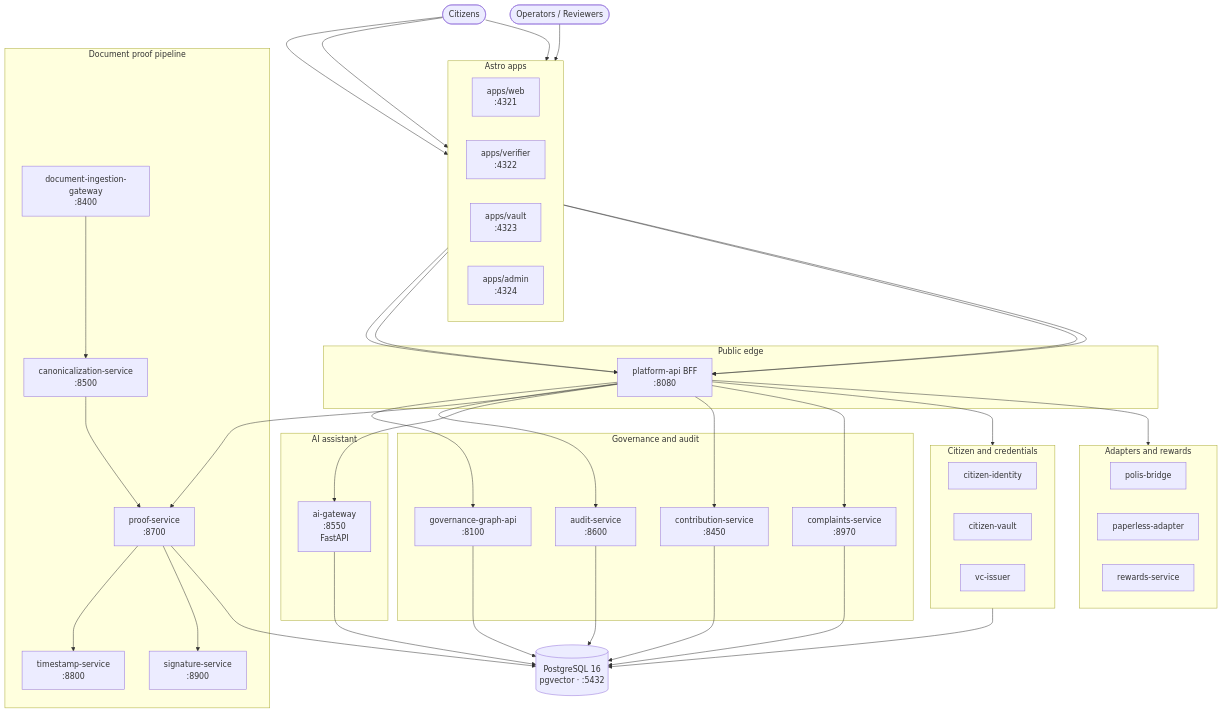
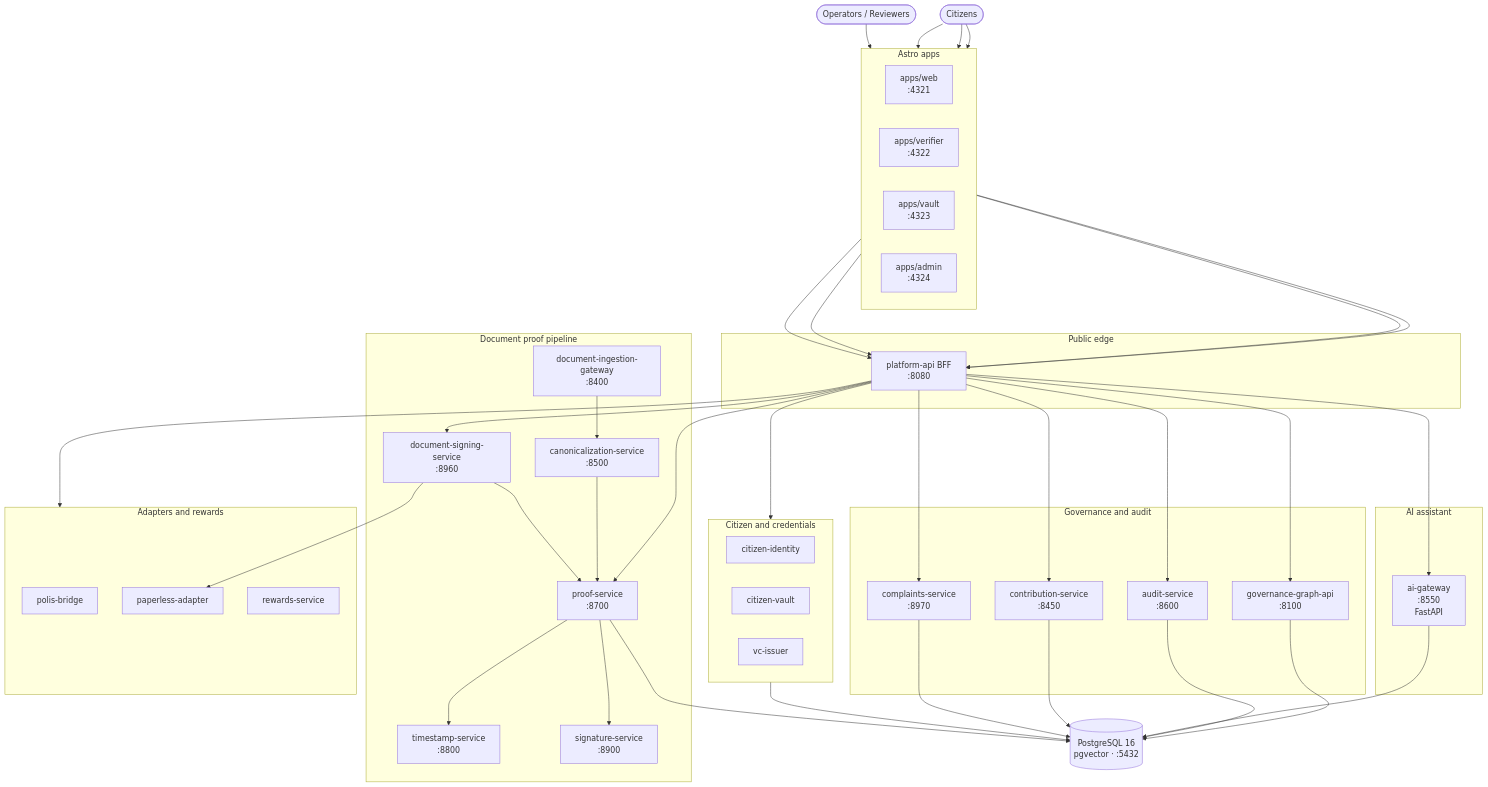
Before and after one commit to basicalex/polis: the diagram in README.md, drawn with Mermaid. The commit also changed other lines of this file and 92 other files, not shown here.

```diff
--- a/README.md
+++ b/README.md
@@ -69,6 +69,7 @@
         proofsvc["proof-service<br/>:8700"]
         ts["timestamp-service<br/>:8800"]
         sig["signature-service<br/>:8900"]
+        docsign["document-signing-service<br/>:8960"]
     end
 
     subgraph ai["AI assistant"]
@@ -105,12 +106,15 @@
     bff --> gw
     bff --> contrib
     bff --> complaints
+    bff --> docsign
     bff --> citizen
     bff --> adapters
 
     ingest --> canon --> proofsvc
     proofsvc --> ts
     proofsvc --> sig
+    docsign --> proofsvc
+    docsign --> paperless
 
     gov --> db
     audit --> db
```
